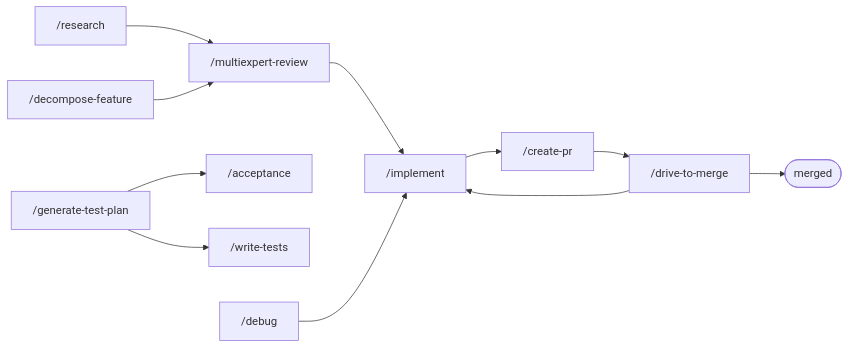
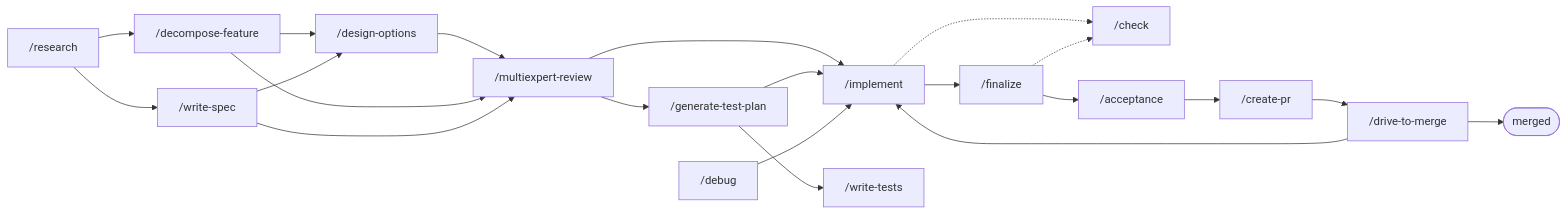
Before and after one commit to kirich1409/maven-central-mcp: the seventh of 7 diagrams in docs/PLUGINS-GUIDE.md, drawn with Mermaid. The commit also changed other lines of this file and 2 other files, not shown here.

````diff
--- a/docs/PLUGINS-GUIDE.md
+++ b/docs/PLUGINS-GUIDE.md
@@ -411,13 +495,23 @@
 ```mermaid
 flowchart LR
-    research["/research"] --> planReview["/multiexpert-review"]
+    research["/research"] --> decompose["/decompose-feature"]
+    research --> writeSpec["/write-spec"]
+    decompose --> design["/design-options"]
+    writeSpec --> design
+    design --> planReview["/multiexpert-review"]
+    decompose --> planReview
+    writeSpec --> planReview
+    planReview --> genPlan["/generate-test-plan"]
     planReview --> impl["/implement"]
-    decompose["/decompose-feature"] --> planReview
-    impl --> createPR["/create-pr"]
+    genPlan --> impl
+    impl -.-> check["/check"]
+    impl --> finalize["/finalize"]
+    finalize -.-> check
+    finalize --> testFeat["/acceptance"]
+    testFeat --> createPR["/create-pr"]
     createPR --> drive["/drive-to-merge"]
     drive --> impl
     drive --> merged([merged])
-    genPlan["/generate-test-plan"] --> testFeat["/acceptance"]
     genPlan --> writeTest["/write-tests"]
     debug["/debug"] --> impl
 ```
````
